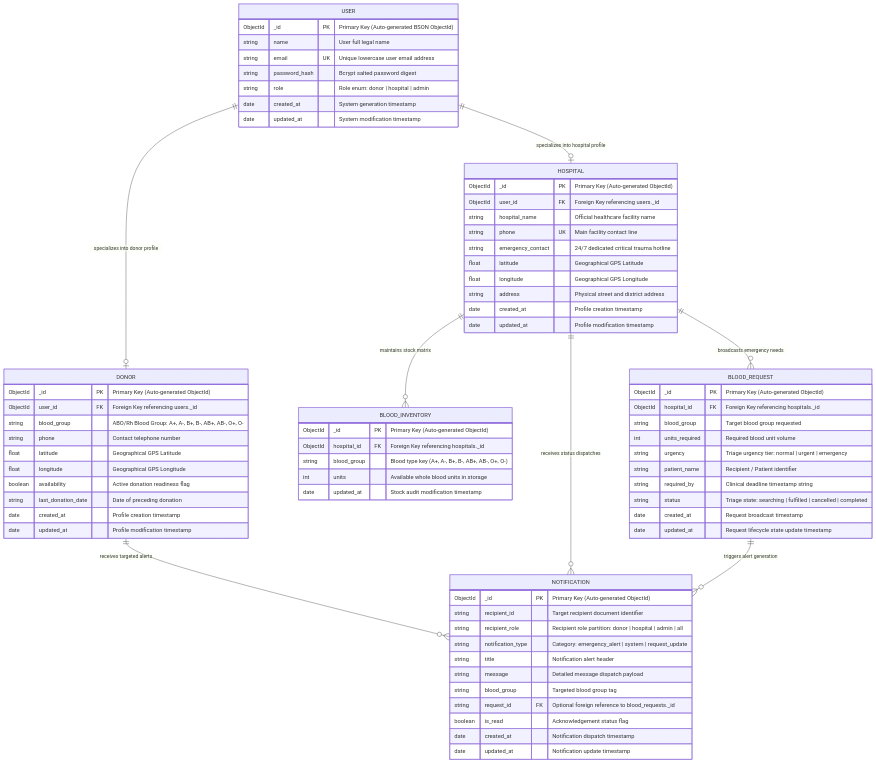
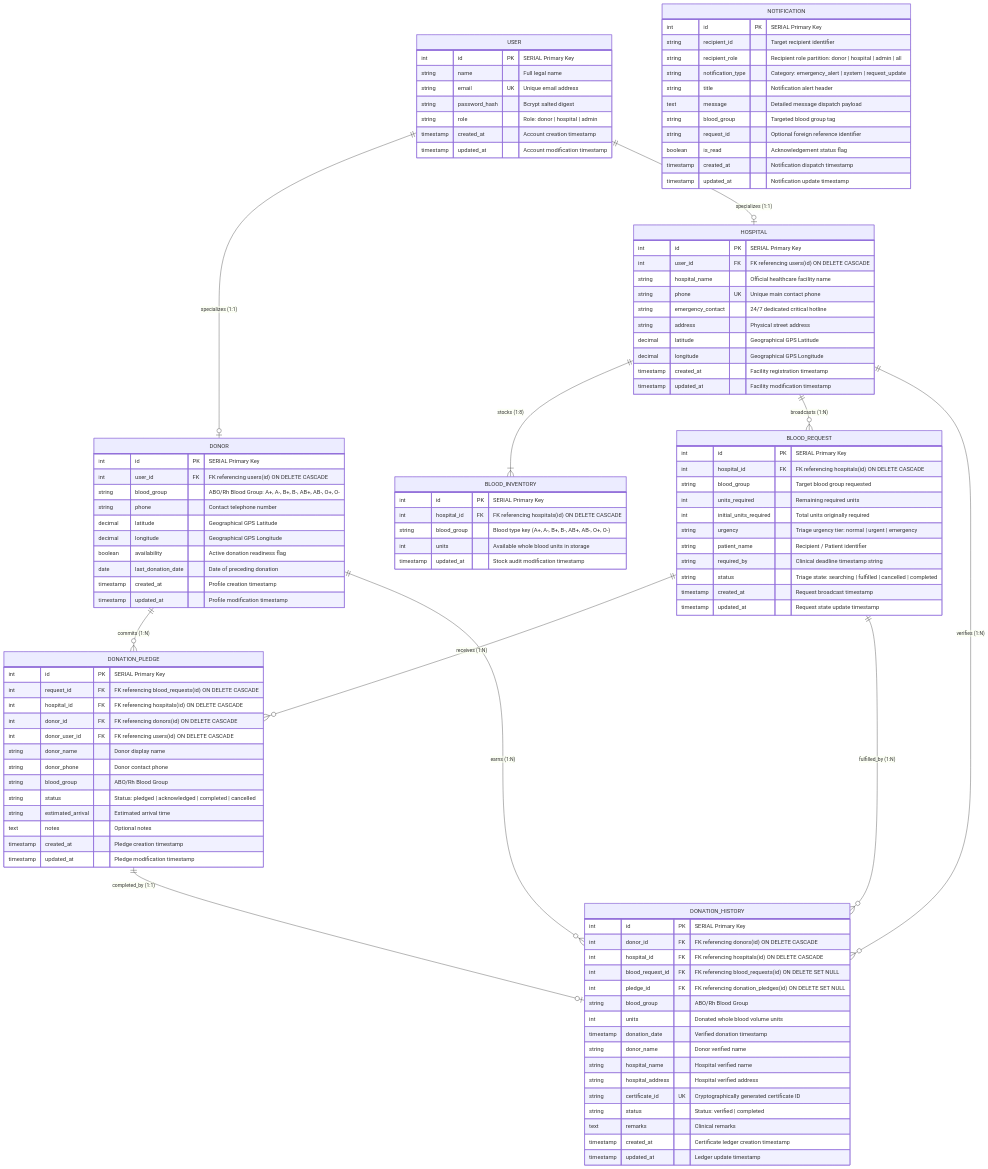
One commit to AuraMasters/LifeLink-Blood-Donation-and-Emergency-Blood-Matching-System changed the sixth of 8 diagrams in README.md. Above: the diagram before and after it, drawn with Mermaid. The commit also changed other lines of this file, not shown here.

Commit message:
docs: eliminate MongoDB references and formalize PostgreSQL DBMS normalization, indexing, transactions, procedures, and triggers

````diff
--- a/README.md
+++ b/README.md
@@ -357,81 +380,120 @@
 ```mermaid
 erDiagram
-    USER ||--o| DONOR : "specializes into donor profile"
-    USER ||--o| HOSPITAL : "specializes into hospital profile"
-    HOSPITAL ||--o{ BLOOD_INVENTORY : "maintains stock matrix"
-    HOSPITAL ||--o{ BLOOD_REQUEST : "broadcasts emergency needs"
-    DONOR ||--o{ NOTIFICATION : "receives targeted alerts"
-    HOSPITAL ||--o{ NOTIFICATION : "receives status dispatches"
-    BLOOD_REQUEST ||--o{ NOTIFICATION : "triggers alert generation"
+    USER ||--o| DONOR : "specializes (1:1)"
+    USER ||--o| HOSPITAL : "specializes (1:1)"
+    HOSPITAL ||--|{ BLOOD_INVENTORY : "stocks (1:8)"
+    HOSPITAL ||--o{ BLOOD_REQUEST : "broadcasts (1:N)"
+    BLOOD_REQUEST ||--o{ DONATION_PLEDGE : "receives (1:N)"
+    DONOR ||--o{ DONATION_PLEDGE : "commits (1:N)"
+    DONOR ||--o{ DONATION_HISTORY : "earns (1:N)"
+    HOSPITAL ||--o{ DONATION_HISTORY : "verifies (1:N)"
+    BLOOD_REQUEST ||--o{ DONATION_HISTORY : "fulfilled_by (1:N)"
+    DONATION_PLEDGE ||--o| DONATION_HISTORY : "completed_by (1:1)"
 
     USER {
-        ObjectId _id PK "Primary Key (Auto-generated BSON ObjectId)"
-        string name "User full legal name"
-        string email UK "Unique lowercase user email address"
-        string password_hash "Bcrypt salted password digest"
-        string role "Role enum: donor | hospital | admin"
-        date created_at "System generation timestamp"
-        date updated_at "System modification timestamp"
+        int id PK "SERIAL Primary Key"
+        string name "Full legal name"
+        string email UK "Unique email address"
+        string password_hash "Bcrypt salted digest"
+        string role "Role: donor | hospital | admin"
+        timestamp created_at "Account creation timestamp"
+        timestamp updated_at "Account modification timestamp"
     }
 
     DONOR {
-        ObjectId _id PK "Primary Key (Auto-generated ObjectId)"
-        ObjectId user_id FK "Foreign Key referencing users._id"
+        int id PK "SERIAL Primary Key"
+        int user_id FK "FK referencing users(id) ON DELETE CASCADE"
         string blood_group "ABO/Rh Blood Group: A+, A-, B+, B-, AB+, AB-, O+, O-"
         string phone "Contact telephone number"
-        float latitude "Geographical GPS Latitude"
-        float longitude "Geographical GPS Longitude"
+        decimal latitude "Geographical GPS Latitude"
+        decimal longitude "Geographical GPS Longitude"
         boolean availability "Active donation readiness flag"
-        string last_donation_date "Date of preceding donation"
-        date created_at "Profile creation timestamp"
-        date updated_at "Profile modification timestamp"
+        date last_donation_date "Date of preceding donation"
+        timestamp created_at "Profile creation timestamp"
+        timestamp updated_at "Profile modification timestamp"
     }
 
     HOSPITAL {
-        ObjectId _id PK "Primary Key (Auto-generated ObjectId)"
-        ObjectId user_id FK "Foreign Key referencing users._id"
+        int id PK "SERIAL Primary Key"
+        int user_id FK "FK referencing users(id) ON DELETE CASCADE"
         string hospital_name "Official healthcare facility name"
-        string phone UK "Main facility contact line"
-        string emergency_contact "24/7 dedicated critical trauma hotline"
-        float latitude "Geographical GPS Latitude"
-        float longitude "Geographical GPS Longitude"
-        string address "Physical street and district address"
-        date created_at "Profile creation timestamp"
-        date updated_at "Profile modification timestamp"
+        string phone UK "Unique main contact phone"
+        string emergency_contact "24/7 dedicated critical hotline"
+        string address "Physical street address"
+        decimal latitude "Geographical GPS Latitude"
+        decimal longitude "Geographical GPS Longitude"
+        timestamp created_at "Facility registration timestamp"
+        timestamp updated_at "Facility modification timestamp"
     }
 
     BLOOD_INVENTORY {
-        ObjectId _id PK "Primary Key (Auto-generated ObjectId)"
-        ObjectId hospital_id FK "Foreign Key referencing hospitals._id"
+        int id PK "SERIAL Primary Key"
+        int hospital_id FK "FK referencing hospitals(id) ON DELETE CASCADE"
         string blood_group "Blood type key (A+, A-, B+, B-, AB+, AB-, O+, O-)"
         int units "Available whole blood units in storage"
-        date updated_at "Stock audit modification timestamp"
+        timestamp updated_at "Stock audit modification timestamp"
     }
 
     BLOOD_REQUEST {
-        ObjectId _id PK "Primary Key (Auto-generated ObjectId)"
-        ObjectId hospital_id FK "Foreign Key referencing hospitals._id"
+        int id PK "SERIAL Primary Key"
+        int hospital_id FK "FK referencing hospitals(id) ON DELETE CASCADE"
         string blood_group "Target blood group requested"
-        int units_required "Required blood unit volume"
+        int units_required "Remaining required units"
+        int initial_units_required "Total units originally required"
         string urgency "Triage urgency tier: normal | urgent | emergency"
         string patient_name "Recipient / Patient identifier"
         string required_by "Clinical deadline timestamp string"
         string status "Triage state: searching | fulfilled | cancelled | completed"
-        date created_at "Request broadcast timestamp"
-        date updated_at "Request lifecycle state update timestamp"
+        timestamp created_at "Request broadcast timestamp"
+        timestamp updated_at "Request state update timestamp"
+    }
+
+    DONATION_PLEDGE {
+        int id PK "SERIAL Primary Key"
+        int request_id FK "FK referencing blood_requests(id) ON DELETE CASCADE"
+        int hospital_id FK "FK referencing hospitals(id) ON DELETE CASCADE"
+        int donor_id FK "FK referencing donors(id) ON DELETE CASCADE"
+        int donor_user_id FK "FK referencing users(id) ON DELETE CASCADE"
+        string donor_name "Donor display name"
+        string donor_phone "Donor contact phone"
+        string blood_group "ABO/Rh Blood Group"
+        string status "Status: pledged | acknowledged | completed | cancelled"
+        string estimated_arrival "Estimated arrival time"
+        text notes "Optional notes"
+        timestamp created_at "Pledge creation timestamp"
+        timestamp updated_at "Pledge modification timestamp"
+    }
+
+    DONATION_HISTORY {
+        int id PK "SERIAL Primary Key"
+        int donor_id FK "FK referencing donors(id) ON DELETE CASCADE"
+        int hospital_id FK "FK referencing hospitals(id) ON DELETE CASCADE"
+        int blood_request_id FK "FK referencing blood_requests(id) ON DELETE SET NULL"
+        int pledge_id FK "FK referencing donation_pledges(id) ON DELETE SET NULL"
+        string blood_group "ABO/Rh Blood Group"
+        int units "Donated whole blood volume units"
+        timestamp donation_date "Verified donation timestamp"
+        string donor_name "Donor verified name"
+        string hospital_name "Hospital verified name"
+        string hospital_address "Hospital verified address"
+        string certificate_id UK "Cryptographically generated certificate ID"
+        string status "Status: verified | completed"
+        text remarks "Clinical remarks"
+        timestamp created_at "Certificate ledger creation timestamp"
+        timestamp updated_at "Ledger update timestamp"
     }
 
     NOTIFICATION {
-        ObjectId _id PK "Primary Key (Auto-generated ObjectId)"
-        string recipient_id "Target recipient document identifier"
+        int id PK "SERIAL Primary Key"
+        string recipient_id "Target recipient identifier"
         string recipient_role "Recipient role partition: donor | hospital | admin | all"
         string notification_type "Category: emergency_alert | system | request_update"
         string title "Notification alert header"
-        string message "Detailed message dispatch payload"
+        text message "Detailed message dispatch payload"
         string blood_group "Targeted blood group tag"
-        string request_id FK "Optional foreign reference to blood_requests._id"
+        string request_id "Optional foreign reference identifier"
         boolean is_read "Acknowledgement status flag"
-        date created_at "Notification dispatch timestamp"
-        date updated_at "Notification update timestamp"
+        timestamp created_at "Notification dispatch timestamp"
+        timestamp updated_at "Notification update timestamp"
     }
 ```
````
